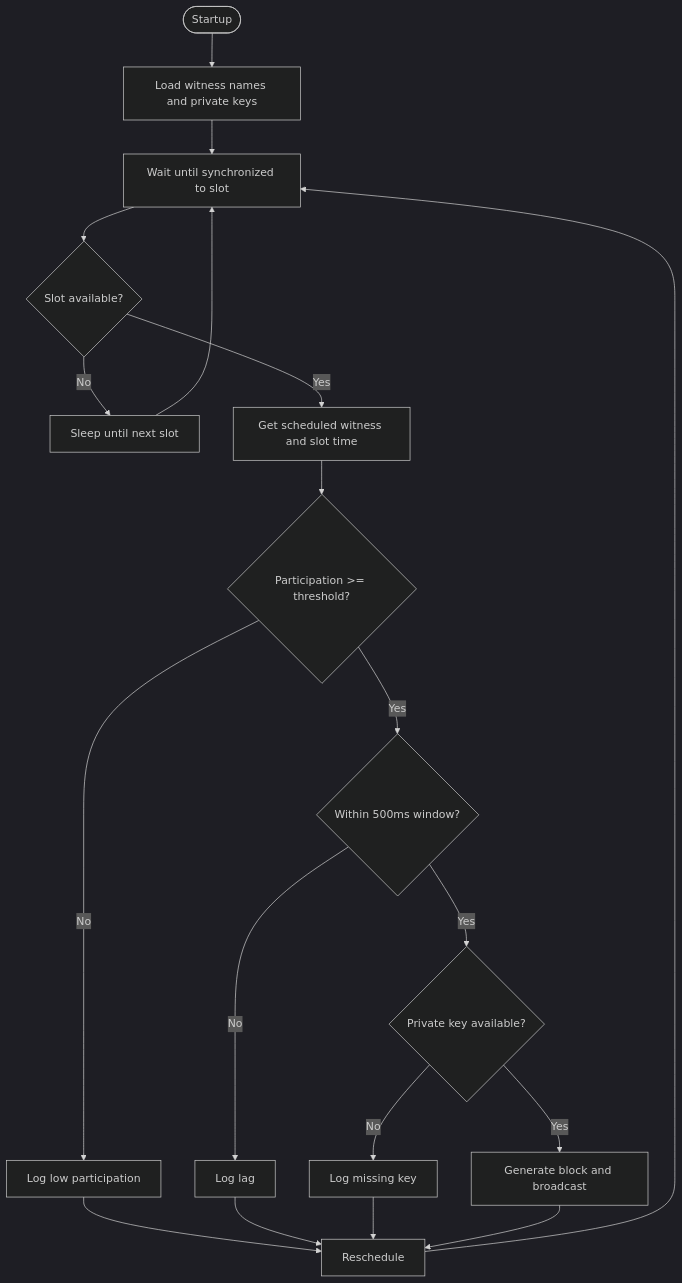
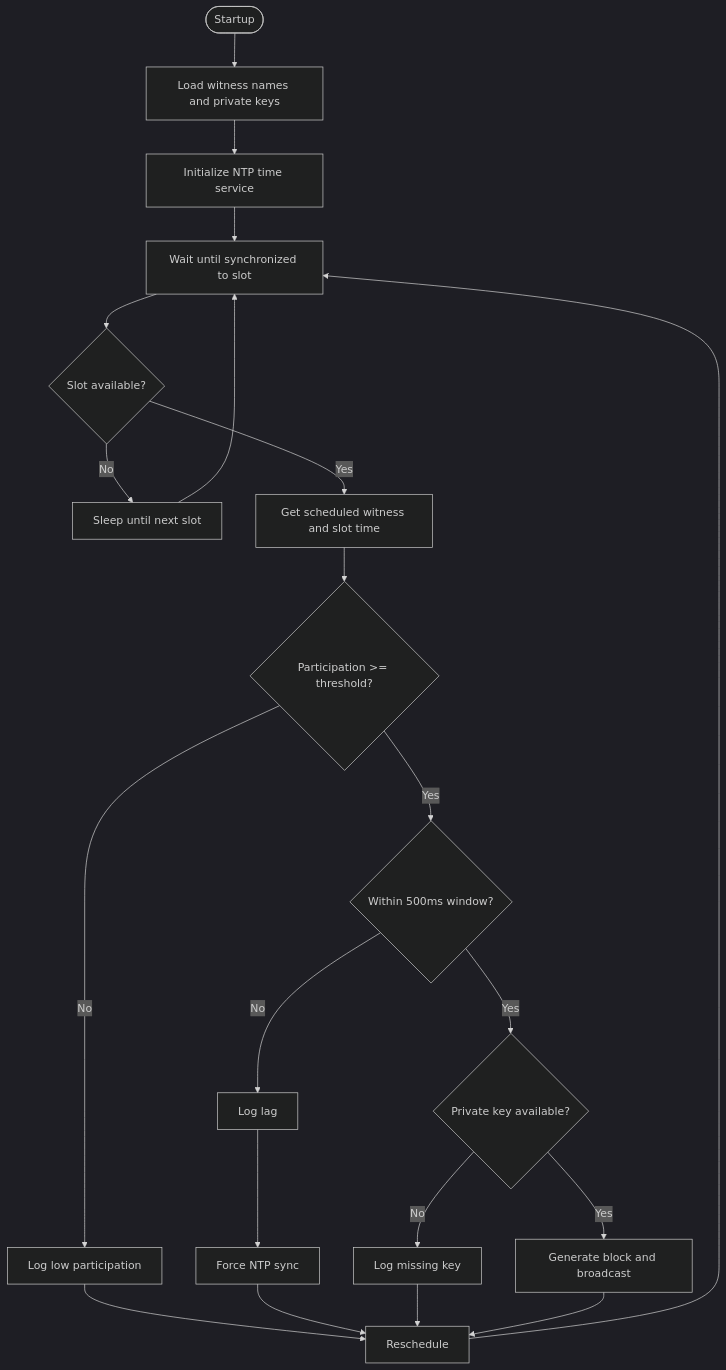
The third of 6 diagrams in .qoder/repowiki/en/content/Witness.md (VIZ-Blockchain/viz-cpp-node), drawn with Mermaid (dark theme) before and after one commit. The commit also changed other lines of this file and 5 other files, not shown here.

````diff
--- a/.qoder/repowiki/en/content/Witness.md
+++ b/.qoder/repowiki/en/content/Witness.md
@@ -149,16 +183,17 @@
 ```mermaid
 flowchart TD
 Start(["Startup"]) --> InitKeys["Load witness names and private keys"]
-InitKeys --> SyncCheck["Wait until synchronized to slot"]
+InitKeys --> InitNTP["Initialize NTP time service"]
+InitNTP --> SyncCheck["Wait until synchronized to slot"]
 SyncCheck --> SlotCheck{"Slot available?"}
 SlotCheck --> |No| WaitNext["Sleep until next slot"] --> SyncCheck
 SlotCheck --> |Yes| Scheduled["Get scheduled witness and slot time"]
 Scheduled --> Participation{"Participation >= threshold?"}
 Participation --> |No| LogLowParticipation["Log low participation"] --> Resched["Reschedule"] --> SyncCheck
 Participation --> |Yes| TimeCheck{"Within 500ms window?"}
-TimeCheck --> |No| LogLag["Log lag"] --> Resched
+TimeCheck --> |No| LogLag["Log lag"] --> ForceSync["Force NTP sync"] --> Resched
 TimeCheck --> |Yes| SignCheck{"Private key available?"}
 SignCheck --> |No| LogNoKey["Log missing key"] --> Resched
 SignCheck --> |Yes| Produce["Generate block and broadcast"]
 Produce --> Resched
 ```
````
